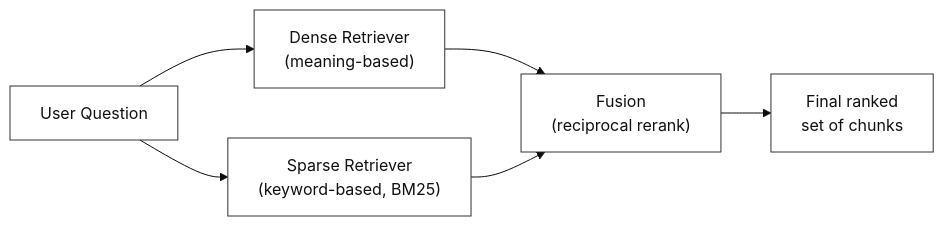
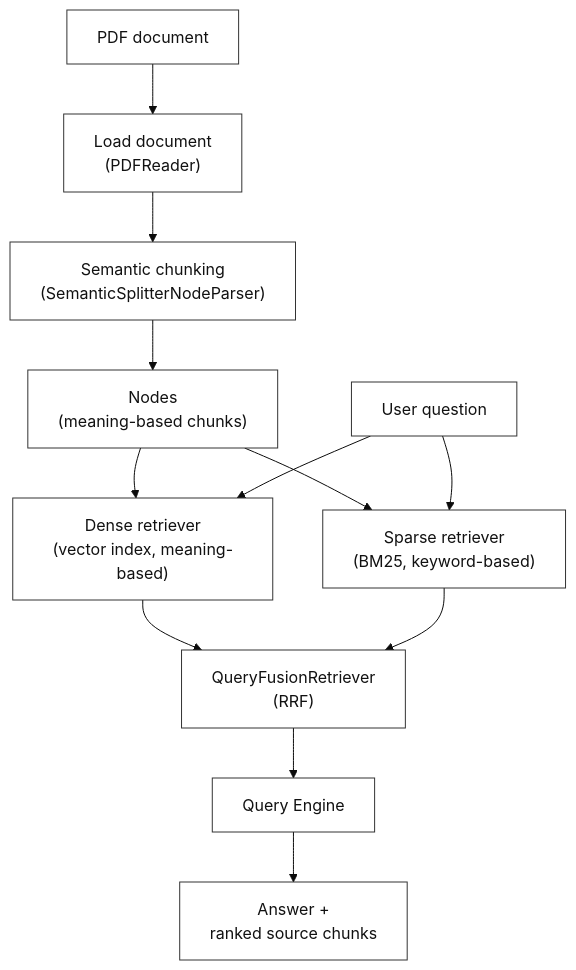
Before and after one commit to CogKnowEdge-Solutions/Context-Memory-Layer: the first of 3 diagrams in RAG-Labs/section-2-retrieval-variations/lab-02-hybrid-rag/lab.md, drawn with Mermaid (base theme). The commit also changed other lines of this file and 80 other files, not shown here.

````diff
--- a/RAG-Labs/section-2-retrieval-variations/lab-02-hybrid-rag/lab.md
+++ b/RAG-Labs/section-2-retrieval-variations/lab-02-hybrid-rag/lab.md
@@ -55,11 +72,17 @@
 ```mermaid
-flowchart LR
-    Q["User Question"] --> D["Dense Retriever<br/>(meaning-based)"]
-    Q --> S["Sparse Retriever<br/>(keyword-based, BM25)"]
-    D --> F["Fusion<br/>(reciprocal rerank)"]
-    S --> F
-    F --> R["Final ranked<br/>set of chunks"]
+flowchart TD
+    A["PDF document"] --> B["Load document<br/>(PDFReader)"]
+    B --> C["Semantic chunking<br/>(SemanticSplitterNodeParser)"]
+    C --> D["Nodes<br/>(meaning-based chunks)"]
+    D --> E["Dense retriever<br/>(vector index, meaning-based)"]
+    D --> F["Sparse retriever<br/>(BM25, keyword-based)"]
+    Q["User question"] --> E
+    Q --> F
+    E --> G["QueryFusionRetriever<br/>(RRF)"]
+    F --> G
+    G --> H["Query Engine"]
+    H --> I["Answer +<br/>ranked source chunks"]
 
     classDef defaultStyle fill:#ffffff,stroke:#333333,stroke-width:1px,color:#111111
-    class Q,D,S,F,R defaultStyle
+    class A,B,C,D,E,F,G,H,I,Q defaultStyle
 ```
````
